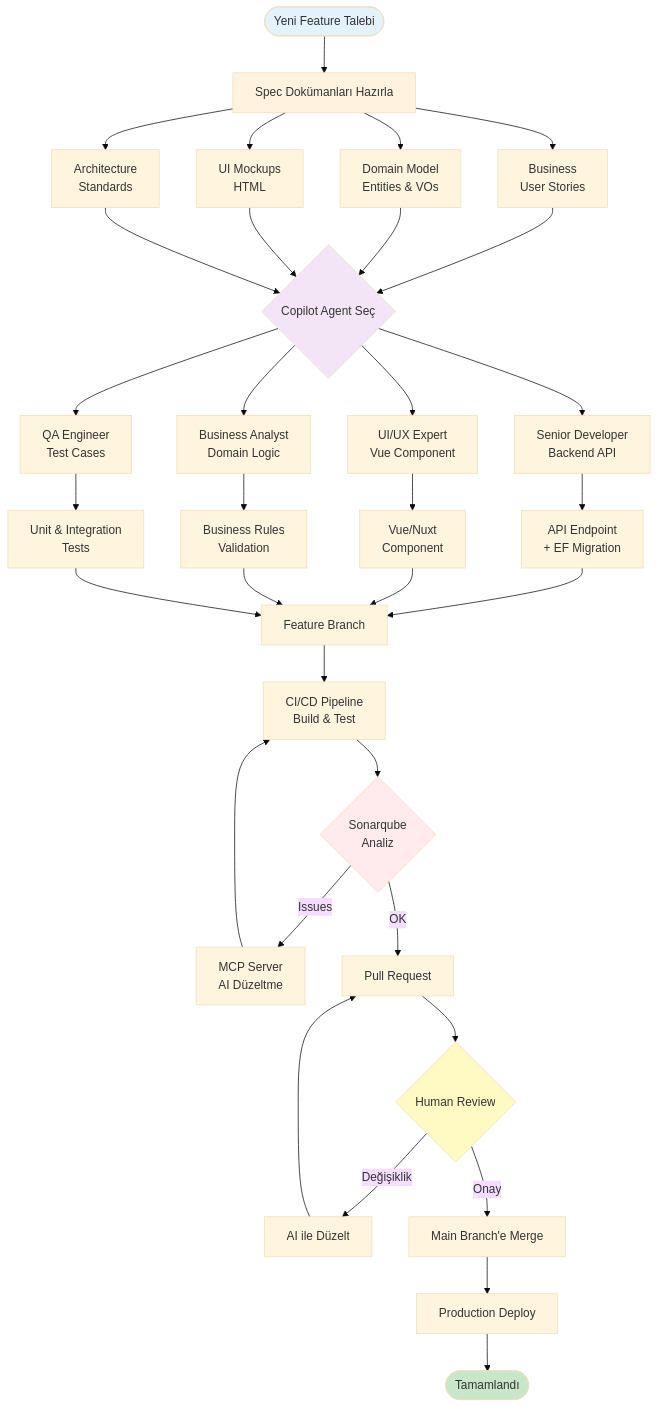
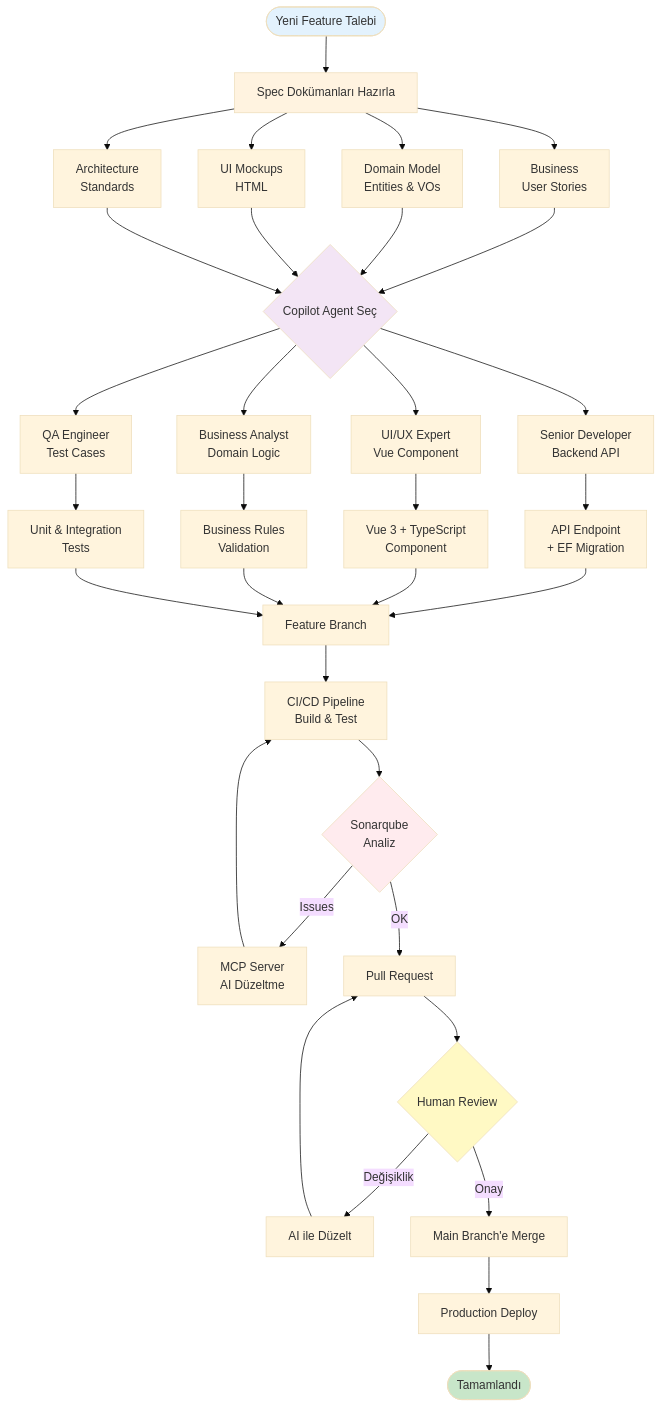
One commit to buraksenyurt/dot-net-conf-2026 changed the fourth of 7 diagrams in README.md. Above: the diagram before and after it, drawn with Mermaid (base theme). The commit also changed other lines of this file and 2 other files, not shown here.

First line of the commit message:
docs: Update all references from Nuxt to Vue 3 + Vite

````diff
--- a/README.md
+++ b/README.md
@@ -325,46 +325,46 @@
 ```mermaid
 flowchart TD
     START([Yeni Feature Talebi]) --> SPEC[Spec Dokümanları Hazırla]
     
     SPEC --> DOC1[Business<br/>User Stories]
     SPEC --> DOC2[Domain Model<br/>Entities & VOs]
     SPEC --> DOC3[UI Mockups<br/>HTML]
     SPEC --> DOC4[Architecture<br/>Standards]
     
     DOC1 & DOC2 & DOC3 & DOC4 --> AGENT{Copilot Agent Seç}
     
     AGENT --> AG1[Senior Developer<br/>Backend API]
     AGENT --> AG2[UI/UX Expert<br/>Vue Component]
     AGENT --> AG3[Business Analyst<br/>Domain Logic]
     AGENT --> AG4[QA Engineer<br/>Test Cases]
     
     AG1 --> CODE1[API Endpoint<br/>+ EF Migration]
-    AG2 --> CODE2[Vue/Nuxt<br/>Component]
+    AG2 --> CODE2[Vue 3 + TypeScript<br/>Component]
     AG3 --> CODE3[Business Rules<br/>Validation]
     AG4 --> CODE4[Unit & Integration<br/>Tests]
     
     CODE1 & CODE2 & CODE3 & CODE4 --> BRANCH[Feature Branch]
     
     BRANCH --> BUILD[CI/CD Pipeline<br/>Build & Test]
     BUILD --> SQ{Sonarqube<br/>Analiz}
     
     SQ -->|Issues| FIX[MCP Server<br/>AI Düzeltme]
     FIX --> BUILD
     
     SQ -->|OK| PR[Pull Request]
     PR --> REVIEW{Human Review}
     
     REVIEW -->|Değişiklik| FIX2[AI ile Düzelt]
     FIX2 --> PR
     
     REVIEW -->|Onay| MERGE[Main Branch'e Merge]
     MERGE --> DEPLOY[Production Deploy]
     DEPLOY --> END([Tamamlandı])
     
     style START fill:#e3f2fd
     style SPEC fill:#fff3e0
     style AGENT fill:#f3e5f5
     style SQ fill:#ffebee
     style REVIEW fill:#fff9c4
     style END fill:#c8e6c9
 ```
````
